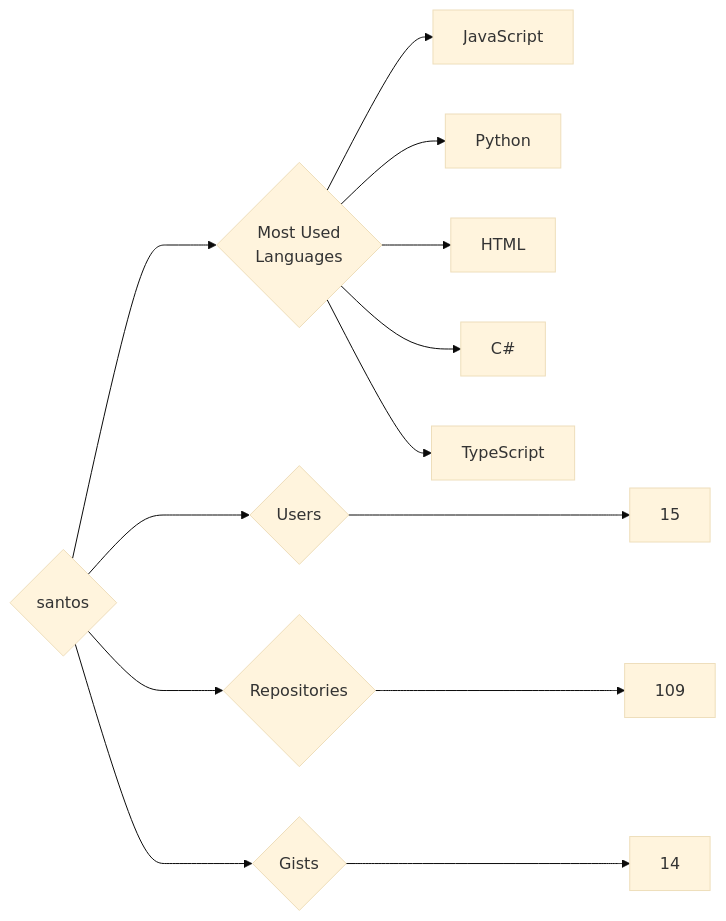
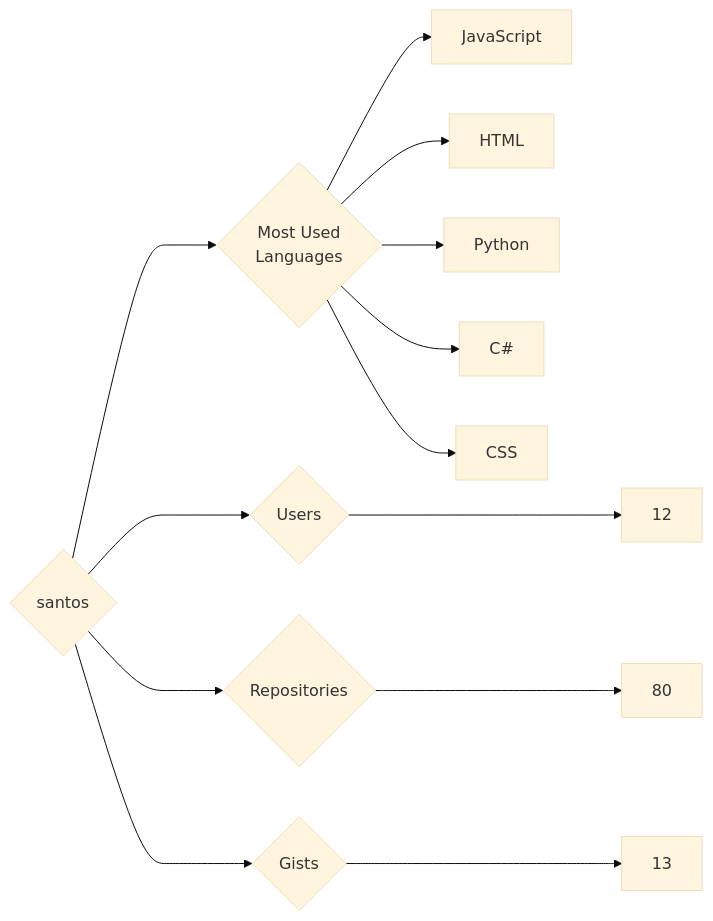
Before and after one commit to trickest/insiders: the diagram in targets/santos/README.md, drawn with Mermaid (base theme). The commit also changed 1479 other files, not shown here.

````diff
--- a/targets/santos/README.md
+++ b/targets/santos/README.md
@@ -3,13 +3,13 @@
 ```mermaid
 graph LR
 COMPANY_NAME{santos}
-COMPANY_NAME ---> U{Users} ---> UN[15]
-COMPANY_NAME ---> R{Repositories} ---> RN[109]
-COMPANY_NAME ---> G{Gists} ---> GN[14]
+COMPANY_NAME ---> U{Users} ---> UN[12]
+COMPANY_NAME ---> R{Repositories} ---> RN[80]
+COMPANY_NAME ---> G{Gists} ---> GN[13]
 COMPANY_NAME ---> ML{Most Used<br>Languages}
 ML --> JavaScript[JavaScript]
+ML --> HTML[HTML]
 ML --> Python[Python]
-ML --> HTML[HTML]
 ML --> C#[C#]
-ML --> TypeScript[TypeScript]
+ML --> CSS[CSS]
 ```
````
